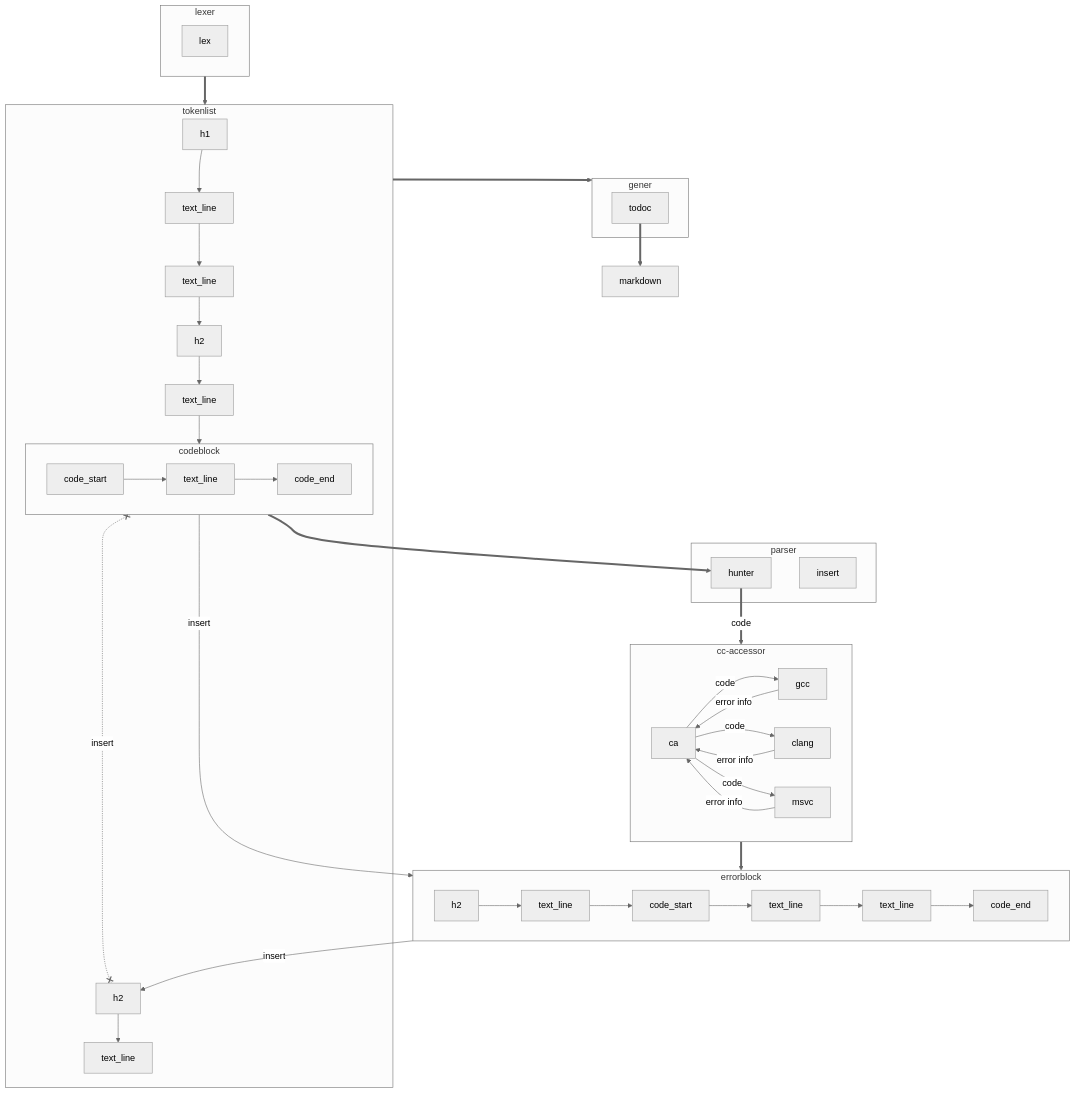
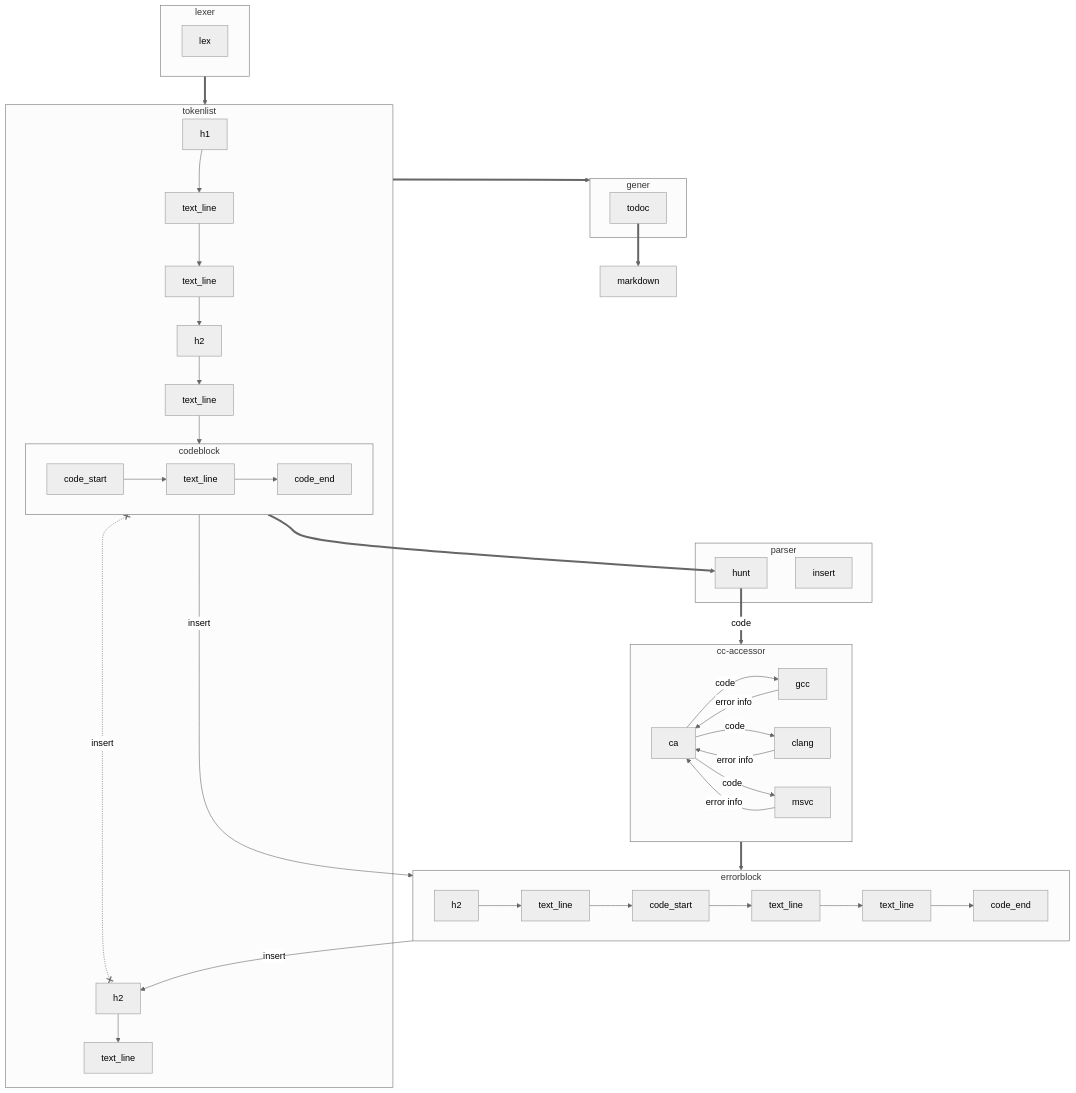
The diagram in docs/complie_samples/design.md (dashingsoft/codebang), drawn with Mermaid (neutral theme) before and after one commit. The commit also changed 14 other files, not shown here.

````diff
--- a/docs/complie_samples/design.md
+++ b/docs/complie_samples/design.md
@@ -5,63 +5,63 @@
 ```mermaid
 flowchart TB
 
     subgraph codeblock
     _linked_list_node_4[code_start]
     _linked_list_node_4 --> _linked_list_node_5[text_line]
     _linked_list_node_5 --> _linked_list_node_6[code_end]
     end
 
     subgraph tokenlist
     _linked_list_header[h1] --> _linked_list_node_0[text_line]
     _linked_list_node_0 --> _linked_list_node_1[text_line]
     _linked_list_node_1 --> _linked_list_node_2[h2]
     _linked_list_node_2 --> _linked_list_node_3[text_line]
     _linked_list_node_3 --> codeblock
     codeblock x-. insert .-x _linked_list_node_7[h2]
     _linked_list_node_7 --> _linked_list_node_8[text_line]
     end
 
     subgraph lexer
     _lexer[lex]
     end
     
     subgraph parser
-    _blocks_hunter[hunter]
+    _blocks_hunter[hunt]
     _insert[insert]
     end
 
     subgraph gener
     _generate[todoc]
     end
 
     subgraph cc-accessor
     _gcca[ca] -- code --> _gcc[gcc]
     _gcc --error info --> _gcca
     
     _gcca -- code --> _clang[clang]
     _clang -- error info --> _gcca
 
     _gcca -- code --> _msvc[msvc]
     _msvc -- error info --> _gcca
     end
 
     subgraph errorblock
     _error_info_header[h2] --> _error_info_node_1[text_line]
     _error_info_node_1 --> _error_info_node_2[code_start]
     _error_info_node_2 --> _error_info_node_3[text_line]
     _error_info_node_3 --> _error_info_node_4[text_line]
     _error_info_node_4 --> _error_info_node_5[code_end]
     end
 
 
     codeblock -- insert --> errorblock
     errorblock -- insert --> _linked_list_node_7
 
     codeblock ==> _blocks_hunter
     _blocks_hunter == code ==> cc-accessor ==> errorblock
     lexer ==> tokenlist
 
     tokenlist ==> gener
     _generate ==> _md_file[markdown]
 
 ```
````
